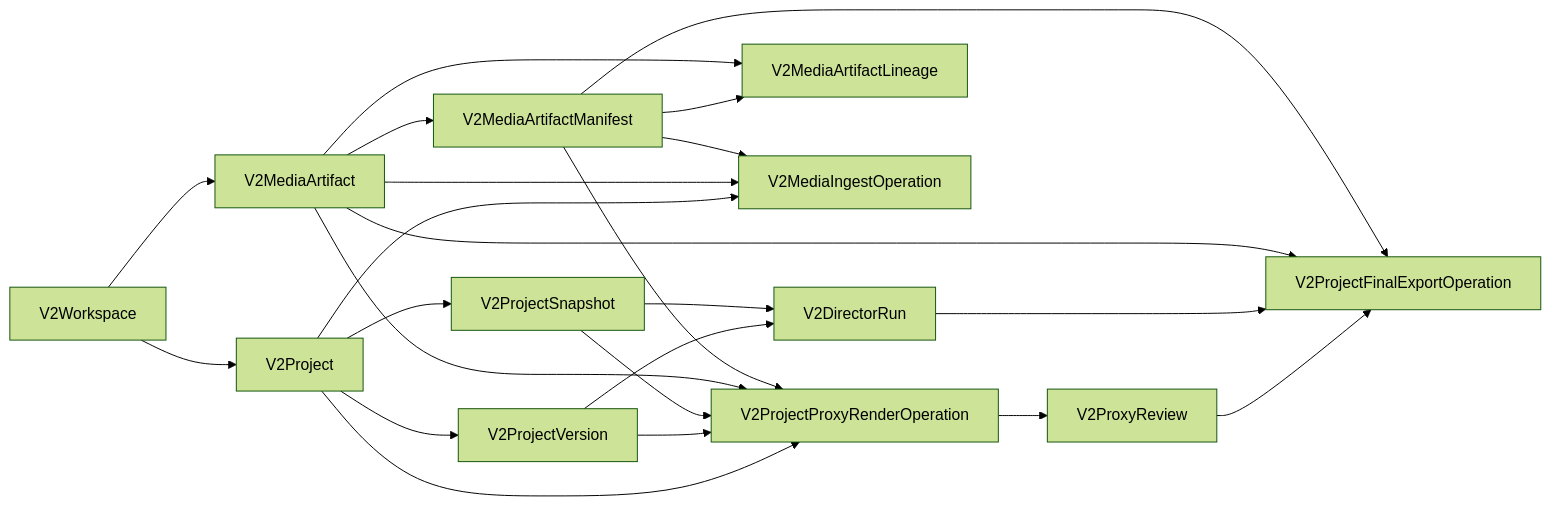
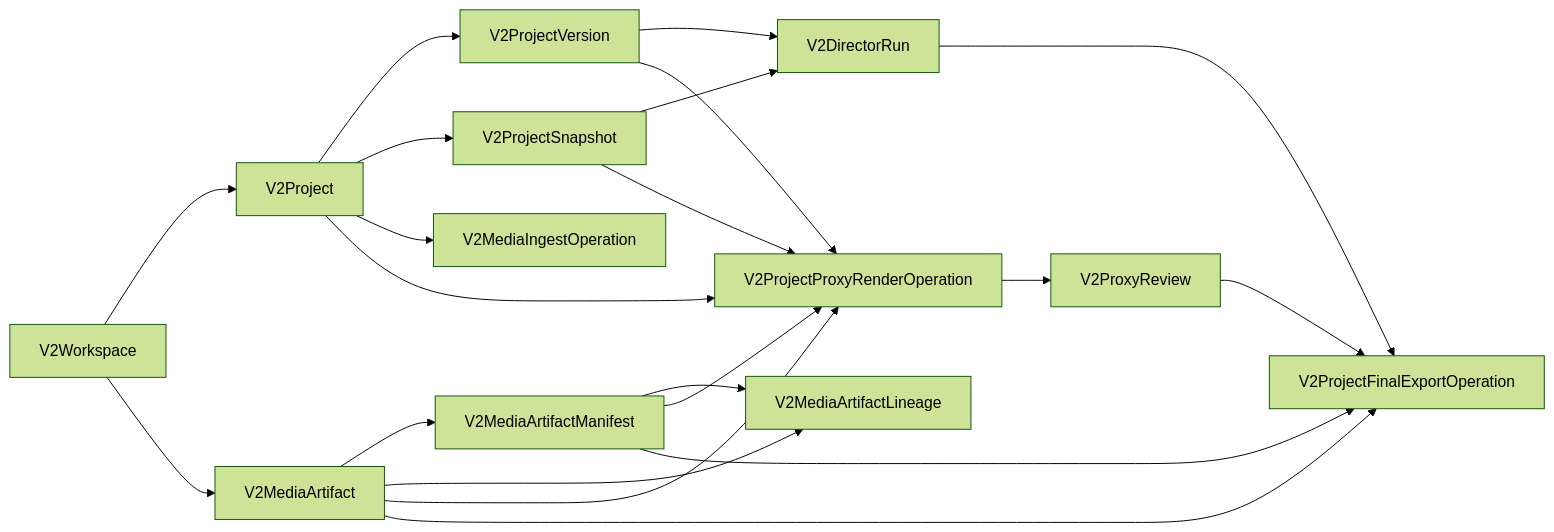
Before and after one commit to alpesdigital-adm/apollo-video: the second of 2 diagrams in docs/specs/10-conceptual-model.md, drawn with Mermaid (forest theme). The commit also changed other lines of this file and 3 other files, not shown here.

````diff
--- a/docs/specs/10-conceptual-model.md
+++ b/docs/specs/10-conceptual-model.md
@@ -22,25 +22,23 @@
 ```mermaid
 flowchart LR
   W[V2Workspace] --> P[V2Project]
   P --> V[V2ProjectVersion]
   P --> S[V2ProjectSnapshot]
   V --> D[V2DirectorRun]
   S --> D
   W --> A[V2MediaArtifact]
   A --> M[V2MediaArtifactManifest]
   M --> L[V2MediaArtifactLineage]
   A --> L
   P --> I[V2MediaIngestOperation]
-  A --> I
-  M --> I
   P --> R[V2ProjectProxyRenderOperation]
   V --> R
   S --> R
   A --> R
   M --> R
   R --> Q[V2ProxyReview]
   Q --> F[V2ProjectFinalExportOperation]
   D --> F
   A --> F
   M --> F
 ```
````
